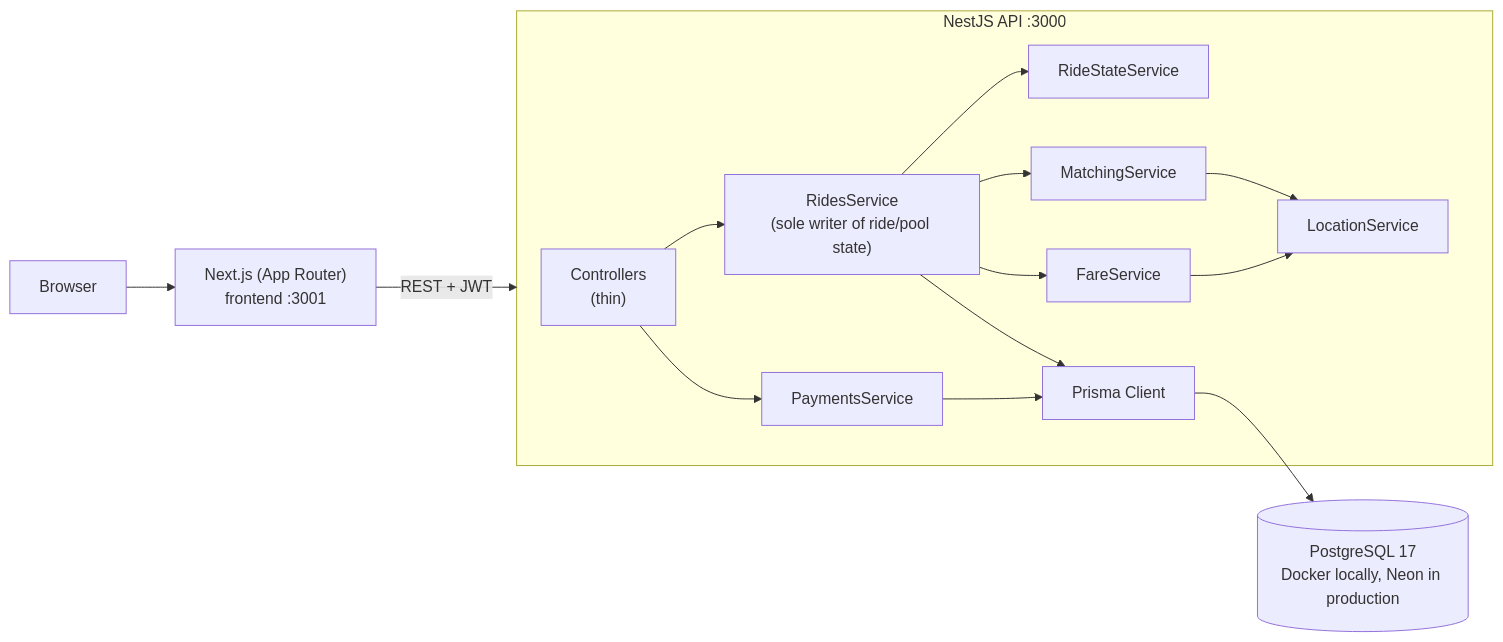
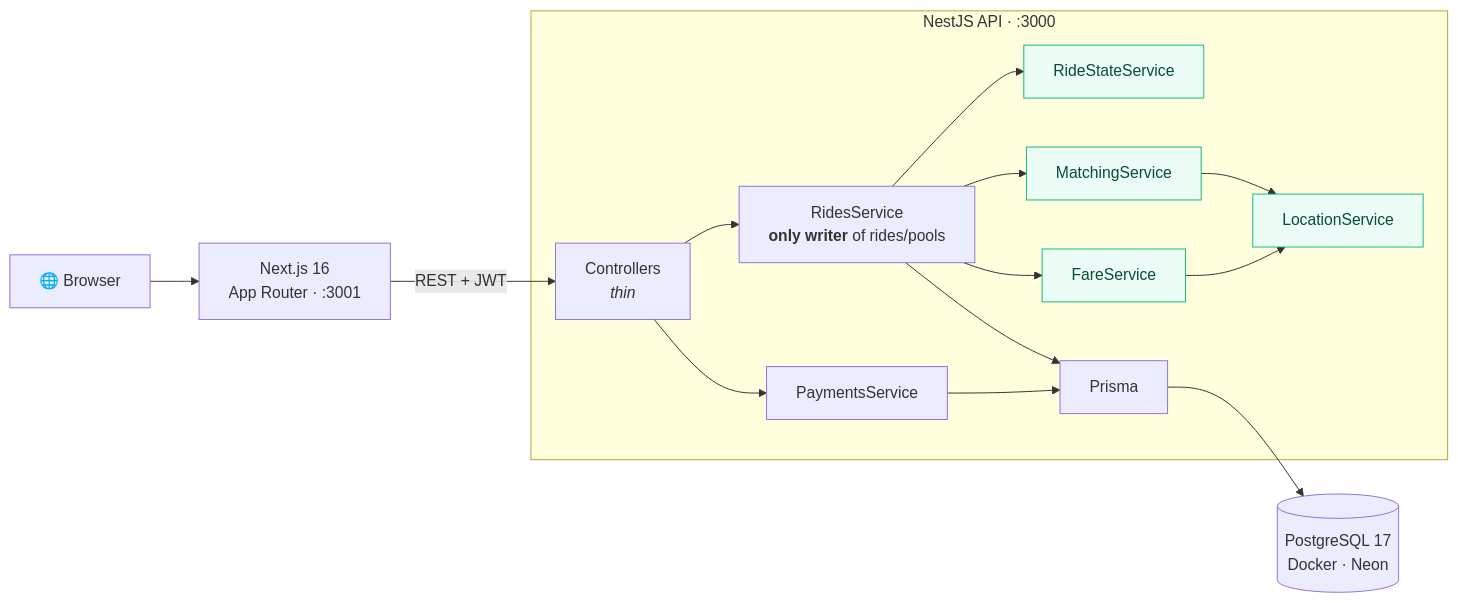
Before and after one commit to kaizen2112/Dhaka-Tesla-Pool: the second of 10 diagrams in README.md, drawn with Mermaid. The commit also changed other lines of this file, not shown here.

````diff
--- a/README.md
+++ b/README.md
@@ -140,17 +119,22 @@
 ```mermaid
 flowchart LR
-    Browser["Browser"] --> Next["Next.js (App Router)<br/>frontend :3001"]
-    Next -- "REST + JWT" --> Nest
-    subgraph Nest["NestJS API :3000"]
-        Ctrl["Controllers<br/>(thin)"] --> Rides["RidesService<br/>(sole writer of ride/pool state)"]
-        Ctrl --> Payments["PaymentsService"]
-        Rides --> State["RideStateService"]
-        Rides --> Matching["MatchingService"]
-        Rides --> Fare["FareService"]
-        Matching --> Location["LocationService"]
-        Fare --> Location
-        Rides --> Prisma["Prisma Client"]
-        Payments --> Prisma
+    B["🌐 Browser"] --> FE["Next.js 16<br/>App Router · :3001"]
+    FE -- "REST + JWT" --> C
+
+    subgraph API["NestJS API · :3000"]
+        C["Controllers<br/><i>thin</i>"] --> RS["RidesService<br/><b>only writer</b> of rides/pools"]
+        C --> PS["PaymentsService"]
+        RS --> ST["RideStateService"]
+        RS --> MS["MatchingService"]
+        RS --> FS["FareService"]
+        MS --> LS["LocationService"]
+        FS --> LS
+        RS --> PR["Prisma"]
+        PS --> PR
     end
-    Prisma --> DB[("PostgreSQL 17<br/>Docker locally, Neon in production")]
+
+    PR --> DB[("PostgreSQL 17<br/>Docker · Neon")]
+
+    classDef pure fill:#ecfdf5,stroke:#10b981,color:#064e3b
+    class ST,MS,FS,LS pure
 ```
````
